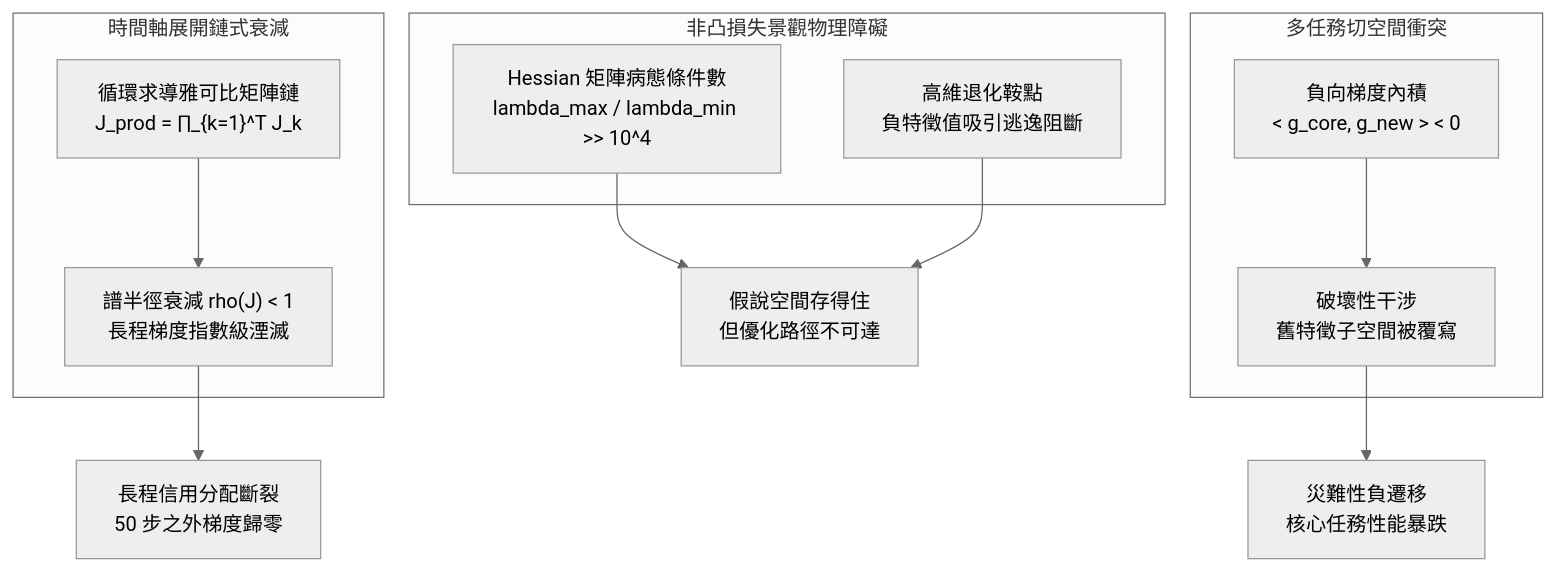
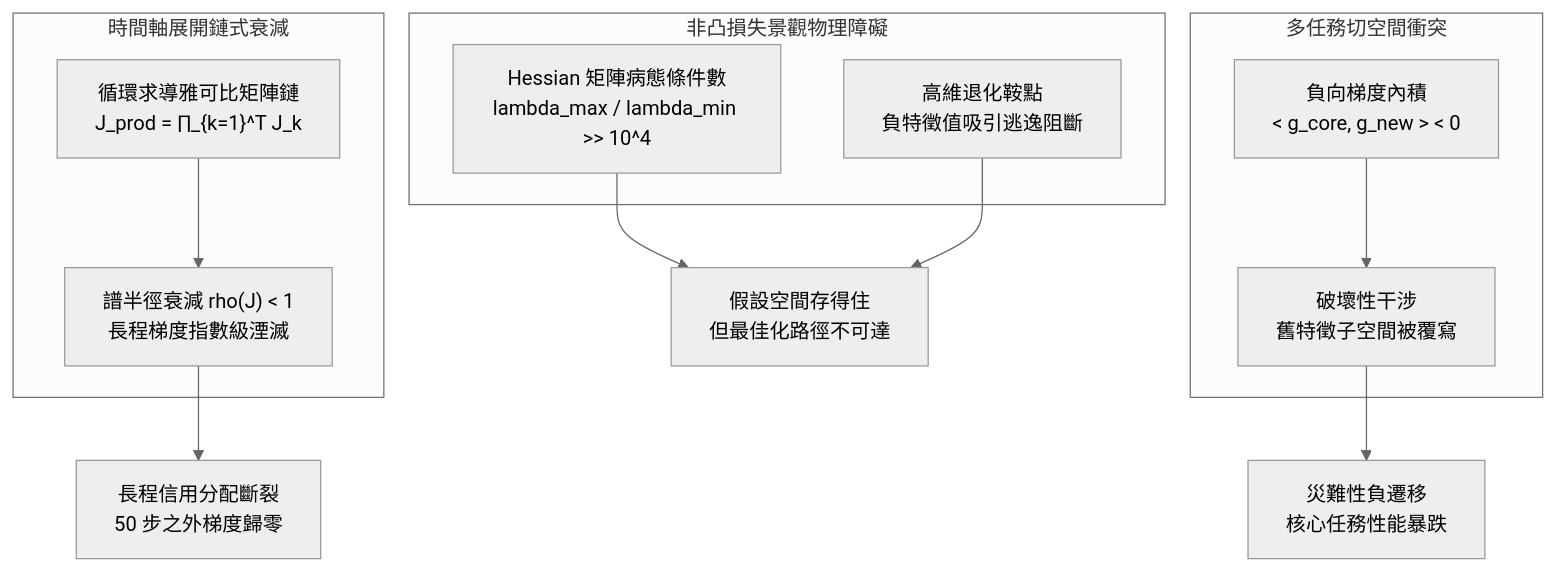
The diagram in recrystal-2026-09-13-b/optimization-reachability-and-gradient-interference/report.zh-TW.md (tacticaldoll/agent-distillates), drawn with Mermaid (neutral theme) before and after one commit. The commit also changed other lines of this file and 6 other files, not shown here.

````diff
--- a/recrystal-2026-09-13-b/optimization-reachability-and-gradient-interference/report.zh-TW.md
+++ b/recrystal-2026-09-13-b/optimization-reachability-and-gradient-interference/report.zh-TW.md
@@ -30,21 +30,21 @@
 ```mermaid
 flowchart TD
     subgraph LossLandscape["非凸損失景觀物理障礙"]
         Hessian["Hessian 矩陣病態條件數<br/>lambda_max / lambda_min >> 10^4"]
         Saddle["高維退化鞍點<br/>負特徵值吸引逃逸阻斷"]
     end
 
     subgraph TemporalChain["時間軸展開鏈式衰減"]
         Jac["循環求導雅可比矩陣鏈<br/>J_prod = ∏_{k=1}^T J_k"]
         SpecDecay["譜半徑衰減 rho(J) < 1<br/>長程梯度指數級湮滅"]
     end
 
     subgraph TaskClash["多任務切空間衝突"]
         DotNeg["負向梯度內積<br/>< g_core, g_new > < 0"]
         Destructive["破壞性干涉<br/>舊特徵子空間被覆寫"]
     end
 
-    Hessian & Saddle --> Unreachable["假說空間存得住<br/>但優化路徑不可達"]
+    Hessian & Saddle --> Unreachable["假設空間存得住<br/>但最佳化路徑不可達"]
     Jac --> SpecDecay --> TemporalDeath["長程信用分配斷裂<br/>50 步之外梯度歸零"]
     DotNeg --> Destructive --> Catastrophic["災難性負遷移<br/>核心任務性能暴跌"]
 ```
````
